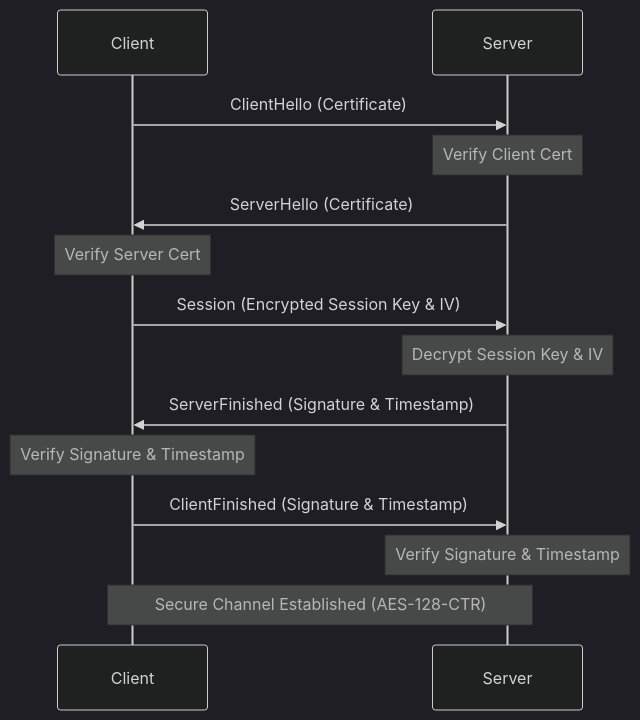
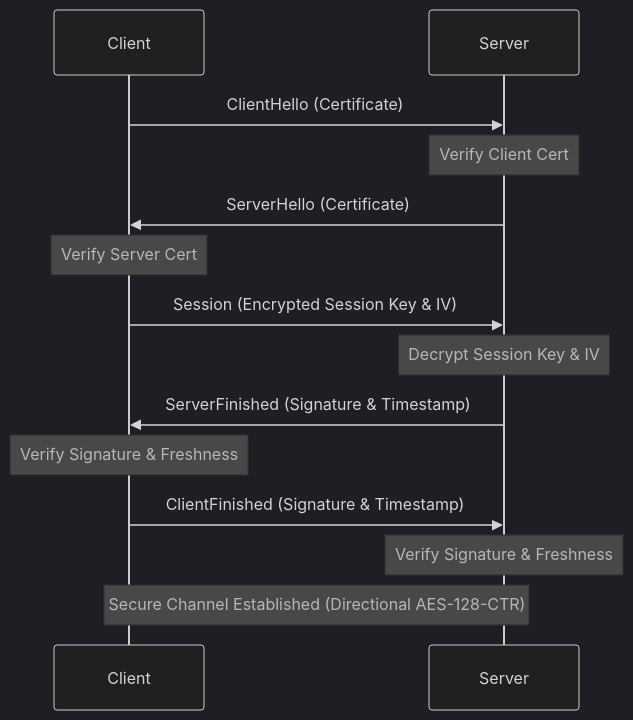
The first of 2 diagrams in docs/protocol.md (ermia1230/netpipe), drawn with Mermaid (dark theme) before and after one commit. The commit also changed other lines of this file and 12 other files, not shown here.

````diff
--- a/docs/protocol.md
+++ b/docs/protocol.md
@@ -9,17 +9,17 @@
 ```mermaid
 sequenceDiagram
     participant Client
     participant Server
 
     Client->>Server: ClientHello (Certificate)
     Note over Server: Verify Client Cert
     Server->>Client: ServerHello (Certificate)
     Note over Client: Verify Server Cert
     Client->>Server: Session (Encrypted Session Key & IV)
     Note over Server: Decrypt Session Key & IV
     Server->>Client: ServerFinished (Signature & Timestamp)
-    Note over Client: Verify Signature & Timestamp
+    Note over Client: Verify Signature & Freshness
     Client->>Server: ClientFinished (Signature & Timestamp)
-    Note over Server: Verify Signature & Timestamp
-    Note over Client, Server: Secure Channel Established (AES-128-CTR)
+    Note over Server: Verify Signature & Freshness
+    Note over Client, Server: Secure Channel Established (Directional AES-128-CTR)
 ```
````
